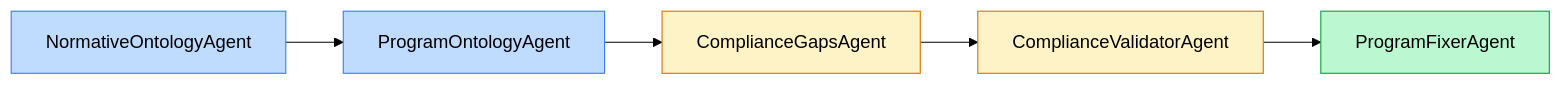
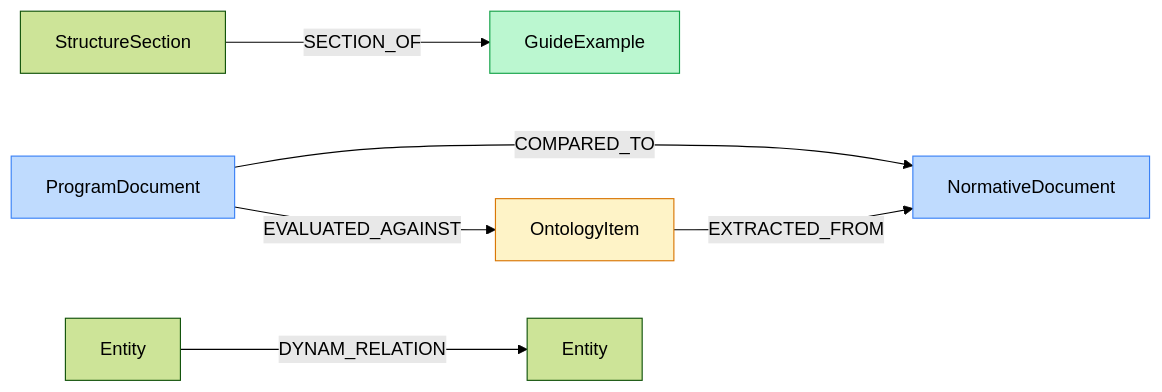
One commit to dracero/grafo-test changed the fifth of 7 diagrams in README.md. Above: the diagram before and after it, drawn with Mermaid (forest theme). The commit also changed other lines of this file and 27 other files, not shown here.

````diff
--- a/README.md
+++ b/README.md
@@ -79,13 +170,13 @@
 ```mermaid
 graph LR
-    A[NormativeOntologyAgent] --> B[ProgramOntologyAgent]
-    B --> C[ComplianceGapsAgent]
-    C --> D[ComplianceValidatorAgent]
-    D --> E[ProgramFixerAgent]
+    P[ProgramDocument] -->|COMPARED_TO| N[NormativeDocument]
+    O[OntologyItem] -->|EXTRACTED_FROM| N
+    P -->|EVALUATED_AGAINST| O
+    S[StructureSection] -->|SECTION_OF| G[GuideExample]
+    E[Entity] -->|DYNAM_RELATION| E2[Entity]
     
-    style A fill:#bfdbfe,stroke:#3b82f6
-    style B fill:#bfdbfe,stroke:#3b82f6
-    style C fill:#fef3c7,stroke:#d97706
-    style D fill:#fef3c7,stroke:#d97706
-    style E fill:#bbf7d0,stroke:#16a34a
+    style P fill:#bfdbfe,stroke:#3b82f6
+    style N fill:#bfdbfe,stroke:#3b82f6
+    style O fill:#fef3c7,stroke:#d97706
+    style G fill:#bbf7d0,stroke:#16a34a
 ```
````
